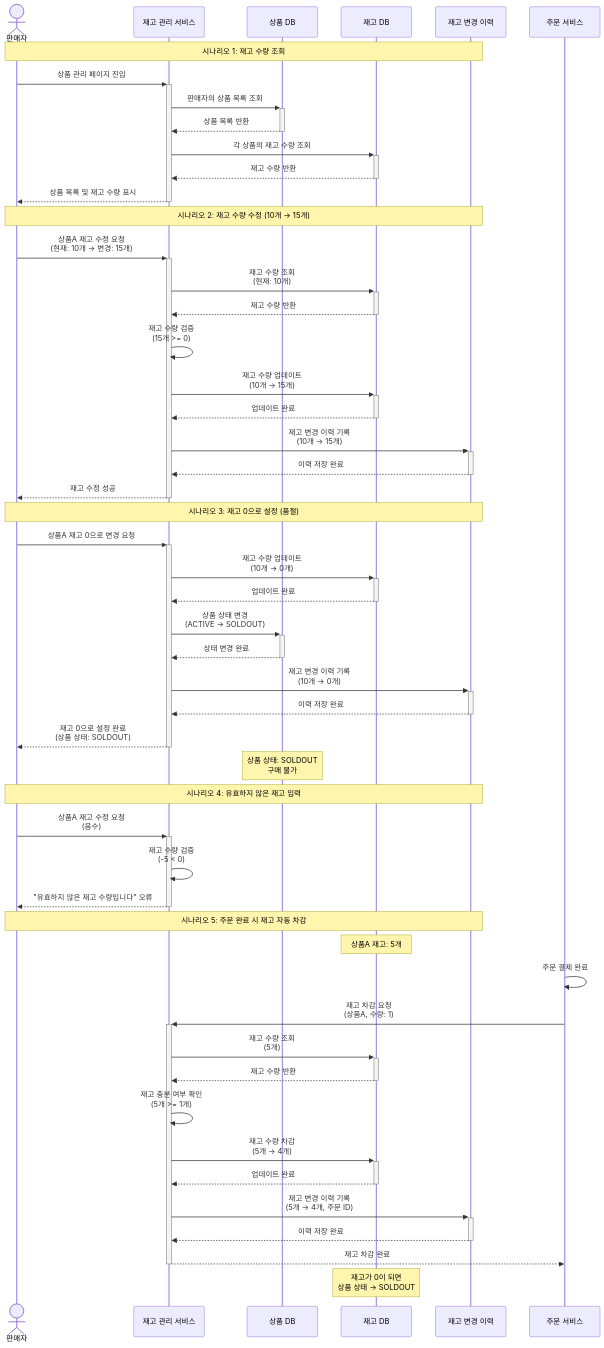
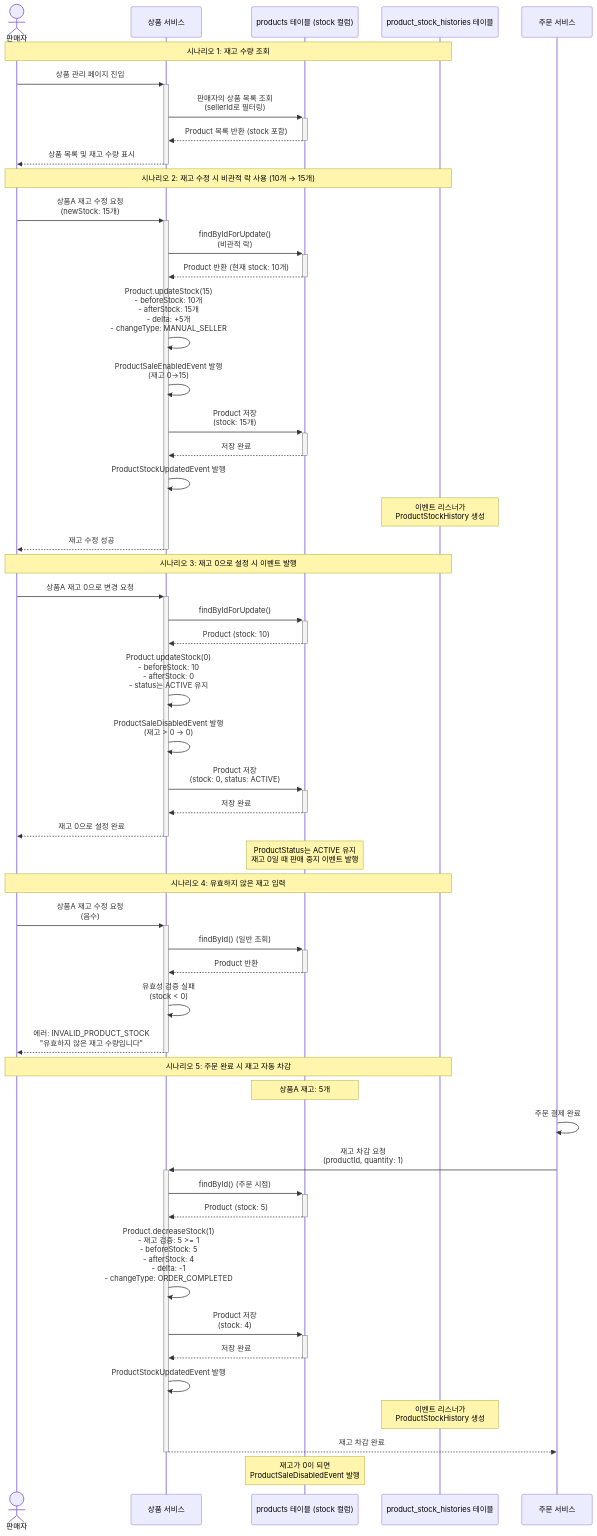
One commit to prgrms-be-adv-devcourse/beadv4_4_Team201_BE changed the diagram in docs/sequences/4.16-inventory-management.md. Above: the diagram before and after it, drawn with Mermaid. The commit also changed other lines of this file and 48 other files, not shown here.

````diff
--- a/docs/sequences/4.16-inventory-management.md
+++ b/docs/sequences/4.16-inventory-management.md
@@ -5,82 +5,86 @@
 ```mermaid
 sequenceDiagram
     actor Seller as 판매자
-    participant InventoryService as 재고 관리 서비스
-    participant ProductDB as 상품 DB
-    participant InventoryDB as 재고 DB
-    participant InventoryHistory as 재고 변경 이력
+    participant ProductService as 상품 서비스
+    participant ProductDB as products 테이블 (stock 컬럼)
+    participant StockHistory as product_stock_histories 테이블
 
-    Note over Seller,InventoryHistory: 시나리오 1: 재고 수량 조회
+    Note over Seller,StockHistory: 시나리오 1: 재고 수량 조회
 
-    Seller->>+InventoryService: 상품 관리 페이지 진입
-    InventoryService->>+ProductDB: 판매자의 상품 목록 조회
-    ProductDB-->>-InventoryService: 상품 목록 반환
+    Seller->>+ProductService: 상품 관리 페이지 진입
+    ProductService->>+ProductDB: 판매자의 상품 목록 조회<br/>(sellerId로 필터링)
+    ProductDB-->>-ProductService: Product 목록 반환 (stock 포함)
 
-    InventoryService->>+InventoryDB: 각 상품의 재고 수량 조회
-    InventoryDB-->>-InventoryService: 재고 수량 반환
+    ProductService-->>-Seller: 상품 목록 및 재고 수량 표시
 
-    InventoryService-->>-Seller: 상품 목록 및 재고 수량 표시
+    Note over Seller,StockHistory: 시나리오 2: 재고 수정 시 비관적 락 사용 (10개 → 15개)
 
-    Note over Seller,InventoryHistory: 시나리오 2: 재고 수량 수정 (10개 → 15개)
+    Seller->>+ProductService: 상품A 재고 수정 요청<br/>(newStock: 15개)
+    ProductService->>+ProductDB: findByIdForUpdate()<br/>(비관적 락)
+    ProductDB-->>-ProductService: Product 반환 (현재 stock: 10개)
 
-    Seller->>+InventoryService: 상품A 재고 수정 요청<br/>(현재: 10개 → 변경: 15개)
-    InventoryService->>+InventoryDB: 재고 수량 조회<br/>(현재: 10개)
-    InventoryDB-->>-InventoryService: 재고 수량 반환
+    ProductService->>ProductService: Product.updateStock(15)<br/>- beforeStock: 10개<br/>- afterStock: 15개<br/>- delta: +5개<br/>- changeType: MANUAL_SELLER
 
-    InventoryService->>InventoryService: 재고 수량 검증<br/>(15개 >= 0)
+    ProductService->>ProductService: ProductSaleEnabledEvent 발행<br/>(재고 0→15)
 
-    InventoryService->>+InventoryDB: 재고 수량 업데이트<br/>(10개 → 15개)
-    InventoryDB-->>-InventoryService: 업데이트 완료
+    ProductService->>+ProductDB: Product 저장<br/>(stock: 15개)
+    ProductDB-->>-ProductService: 저장 완료
 
-    InventoryService->>+InventoryHistory: 재고 변경 이력 기록<br/>(10개 → 15개)
-    InventoryHistory-->>-InventoryService: 이력 저장 완료
+    ProductService->>ProductService: ProductStockUpdatedEvent 발행
 
-    InventoryService-->>-Seller: 재고 수정 성공
+    Note over StockHistory: 이벤트 리스너가<br/>ProductStockHistory 생성
 
-    Note over Seller,InventoryHistory: 시나리오 3: 재고 0으로 설정 (품절)
+    ProductService-->>-Seller: 재고 수정 성공
 
-    Seller->>+InventoryService: 상품A 재고 0으로 변경 요청
-    InventoryService->>+InventoryDB: 재고 수량 업데이트<br/>(10개 → 0개)
-    InventoryDB-->>-InventoryService: 업데이트 완료
+    Note over Seller,StockHistory: 시나리오 3: 재고 0으로 설정 시 이벤트 발행
 
-    InventoryService->>+ProductDB: 상품 상태 변경<br/>(ACTIVE → SOLDOUT)
-    ProductDB-->>-InventoryService: 상태 변경 완료
+    Seller->>+ProductService: 상품A 재고 0으로 변경 요청
+    ProductService->>+ProductDB: findByIdForUpdate()
+    ProductDB-->>-ProductService: Product (stock: 10)
 
-    InventoryService->>+InventoryHistory: 재고 변경 이력 기록<br/>(10개 → 0개)
-    InventoryHistory-->>-InventoryService: 이력 저장 완료
+    ProductService->>ProductService: Product.updateStock(0)<br/>- beforeStock: 10<br/>- afterStock: 0<br/>- status는 ACTIVE 유지
 
-    InventoryService-->>-Seller: 재고 0으로 설정 완료<br/>(상품 상태: SOLDOUT)
+    ProductService->>ProductService: ProductSaleDisabledEvent 발행<br/>(재고 > 0 → 0)
 
-    Note over ProductDB: 상품 상태: SOLDOUT<br/>구매 불가
+    ProductService->>+ProductDB: Product 저장<br/>(stock: 0, status: ACTIVE)
+    ProductDB-->>-ProductService: 저장 완료
 
-    Note over Seller,InventoryHistory: 시나리오 4: 유효하지 않은 재고 입력
+    ProductService-->>-Seller: 재고 0으로 설정 완료
 
-    Seller->>+InventoryService: 상품A 재고 수정 요청<br/>(음수)
-    InventoryService->>InventoryService: 재고 수량 검증<br/>(-5 < 0)
+    Note over ProductDB: ProductStatus는 ACTIVE 유지<br/>재고 0일 때 판매 중지 이벤트 발행
 
-    InventoryService-->>-Seller: "유효하지 않은 재고 수량입니다" 오류
+    Note over Seller,StockHistory: 시나리오 4: 유효하지 않은 재고 입력
 
-    Note over Seller,InventoryHistory: 시나리오 5: 주문 완료 시 재고 자동 차감
+    Seller->>+ProductService: 상품A 재고 수정 요청<br/>(음수)
+    ProductService->>+ProductDB: findById() (일반 조회)
+    ProductDB-->>-ProductService: Product 반환
+
+    ProductService->>ProductService: 유효성 검증 실패<br/>(stock < 0)
+
+    ProductService-->>-Seller: 에러: INVALID_PRODUCT_STOCK<br/>"유효하지 않은 재고 수량입니다"
+
+    Note over Seller,StockHistory: 시나리오 5: 주문 완료 시 재고 자동 차감
 
     participant OrderService as 주문 서비스
 
-    Note over InventoryDB: 상품A 재고: 5개
+    Note over ProductDB: 상품A 재고: 5개
 
     OrderService->>OrderService: 주문 결제 완료
-    OrderService->>+InventoryService: 재고 차감 요청<br/>(상품A, 수량: 1)
+    OrderService->>+ProductService: 재고 차감 요청<br/>(productId, quantity: 1)
 
-    InventoryService->>+InventoryDB: 재고 수량 조회<br/>(5개)
-    InventoryDB-->>-InventoryService: 재고 수량 반환
+    ProductService->>+ProductDB: findById() (주문 시점)
+    ProductDB-->>-ProductService: Product (stock: 5)
 
-    InventoryService->>InventoryService: 재고 충분 여부 확인<br/>(5개 >= 1개)
+    ProductService->>ProductService: Product.decreaseStock(1)<br/>- 재고 검증: 5 >= 1<br/>- beforeStock: 5<br/>- afterStock: 4<br/>- delta: -1<br/>- changeType: ORDER_COMPLETED
 
-    InventoryService->>+InventoryDB: 재고 수량 차감<br/>(5개 → 4개)
-    InventoryDB-->>-InventoryService: 업데이트 완료
+    ProductService->>+ProductDB: Product 저장<br/>(stock: 4)
+    ProductDB-->>-ProductService: 저장 완료
 
-    InventoryService->>+InventoryHistory: 재고 변경 이력 기록<br/>(5개 → 4개, 주문 ID)
-    InventoryHistory-->>-InventoryService: 이력 저장 완료
+    ProductService->>ProductService: ProductStockUpdatedEvent 발행
 
-    InventoryService-->>-OrderService: 재고 차감 완료
+    Note over StockHistory: 이벤트 리스너가<br/>ProductStockHistory 생성
 
-    Note over InventoryDB: 재고가 0이 되면<br/>상품 상태 → SOLDOUT
+    ProductService-->>-OrderService: 재고 차감 완료
+
+    Note over ProductDB: 재고가 0이 되면<br/>ProductSaleDisabledEvent 발행
 ```
````
